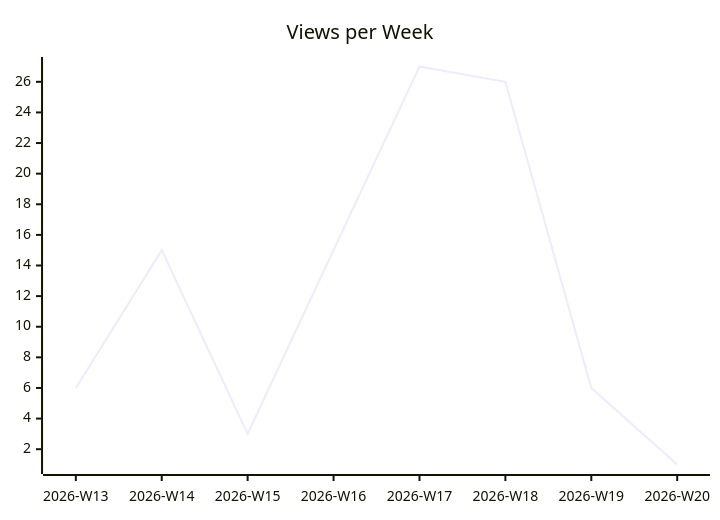
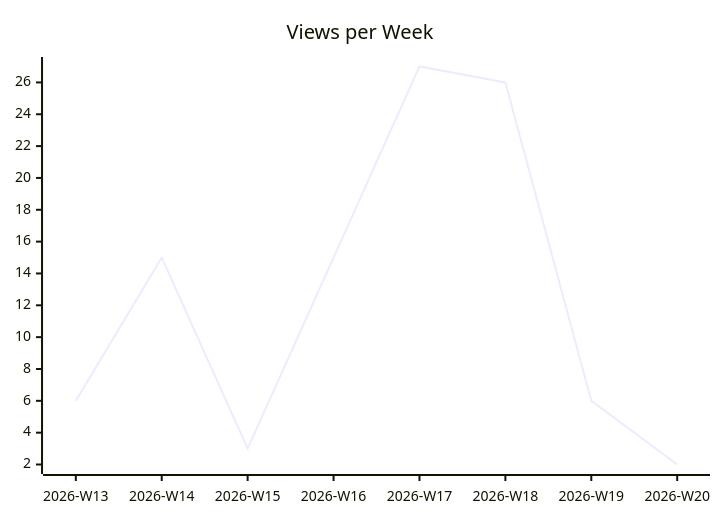
Before and after one commit to justdavis-family/github-analytics-data: the second of 3 diagrams in karlmdavis/ksoap2-android/README.md, drawn with Mermaid. The commit also changed other lines of this file and 176 other files, not shown here.

````diff
--- a/karlmdavis/ksoap2-android/README.md
+++ b/karlmdavis/ksoap2-android/README.md
@@ -12,6 +12,6 @@
 ```mermaid
 xychart-beta
   title "Views per Week"
   x-axis ["2026-W13", "2026-W14", "2026-W15", "2026-W16", "2026-W17", "2026-W18", "2026-W19", "2026-W20"]
-  line [6, 15, 3, 15, 27, 26, 6, 1]
+  line [6, 15, 3, 15, 27, 26, 6, 2]
 ```
````
